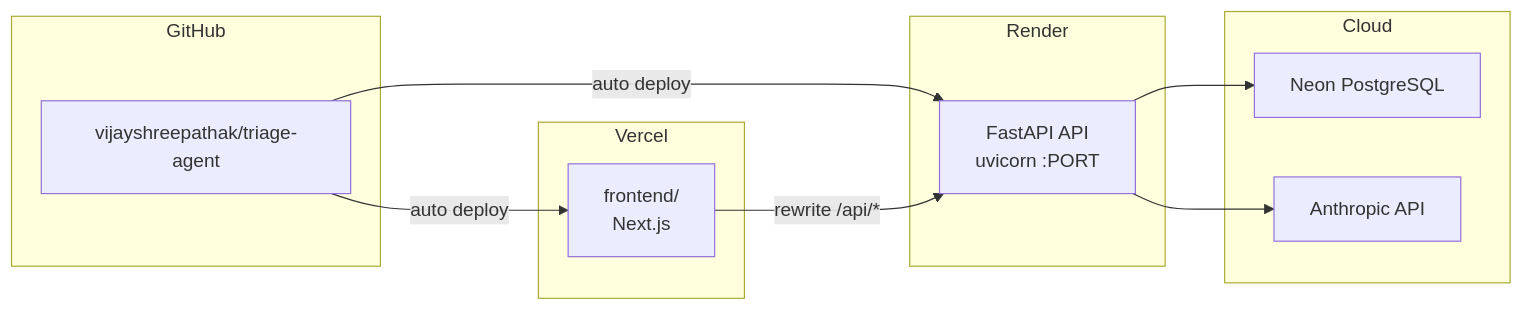
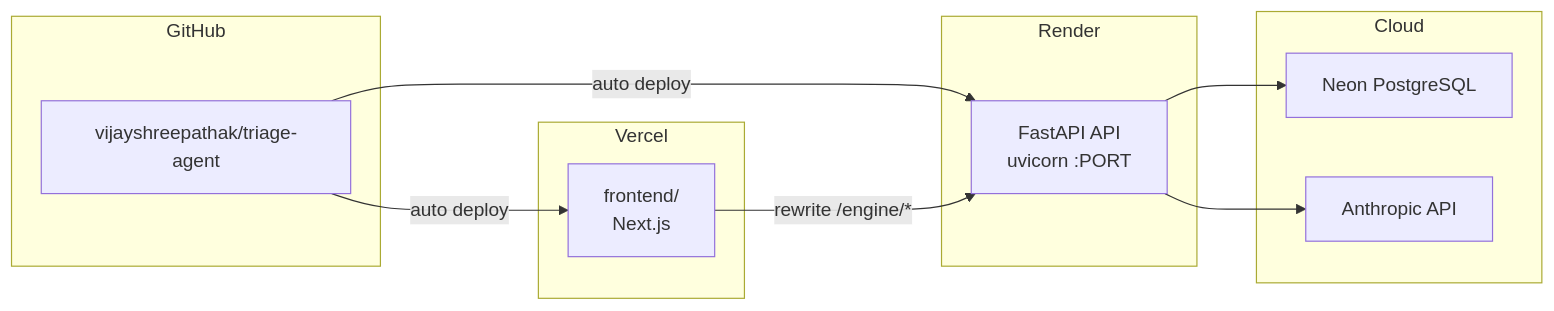
One commit to vijayshreepathak/triage-agent changed the fifth of 5 diagrams in README.md. Above: the diagram before and after it, drawn with Mermaid. The commit also changed other lines of this file and 6 other files, not shown here.

Commit message:
Fix Vercel-Render connection: use /engine proxy path instead of /api

````diff
--- a/README.md
+++ b/README.md
@@ -271,25 +271,25 @@
 ```mermaid
 flowchart LR
     subgraph GitHub
         Repo["vijayshreepathak/triage-agent"]
     end
 
     subgraph Vercel
         FE["frontend/<br/>Next.js"]
     end
 
     subgraph Render
         BE["FastAPI API<br/>uvicorn :PORT"]
     end
 
     subgraph Cloud
         NeonDB["Neon PostgreSQL"]
         Anthropic["Anthropic API"]
     end
 
     Repo -->|auto deploy| FE
     Repo -->|auto deploy| BE
-    FE -->|"rewrite /api/*"| BE
+    FE -->|"rewrite /engine/*"| BE
     BE --> NeonDB
     BE --> Anthropic
 ```
````
